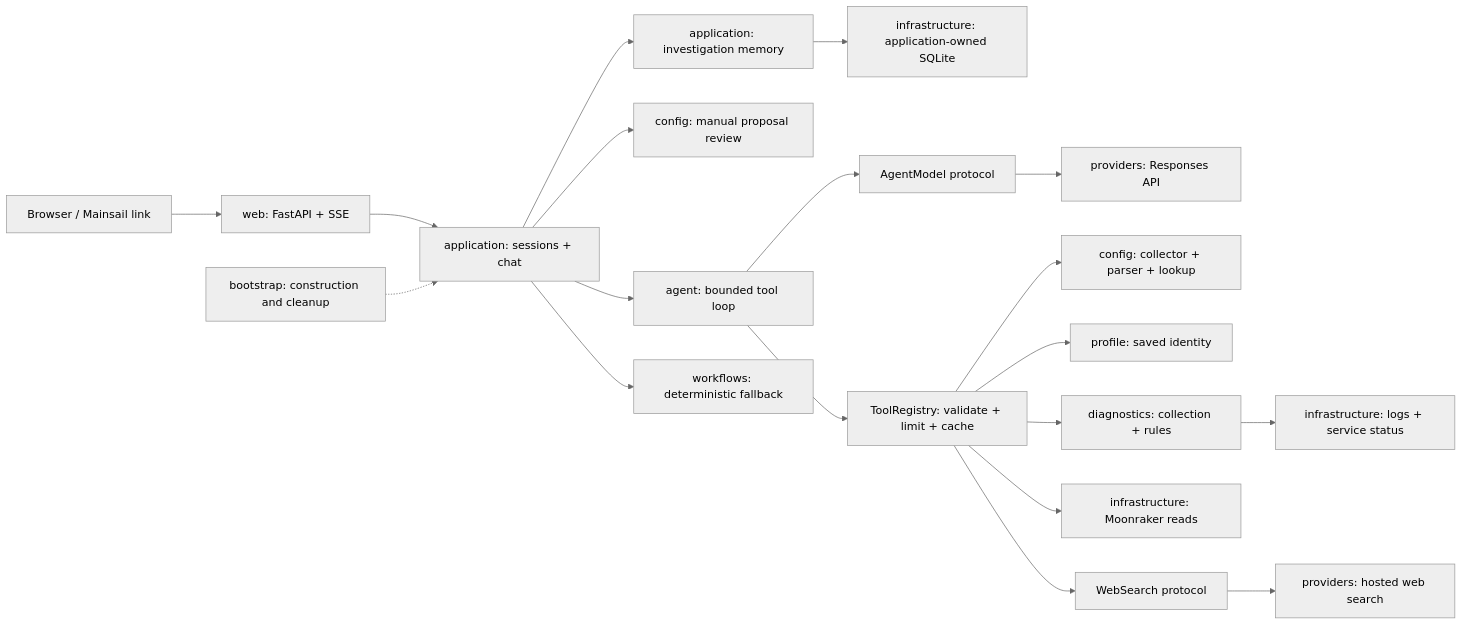
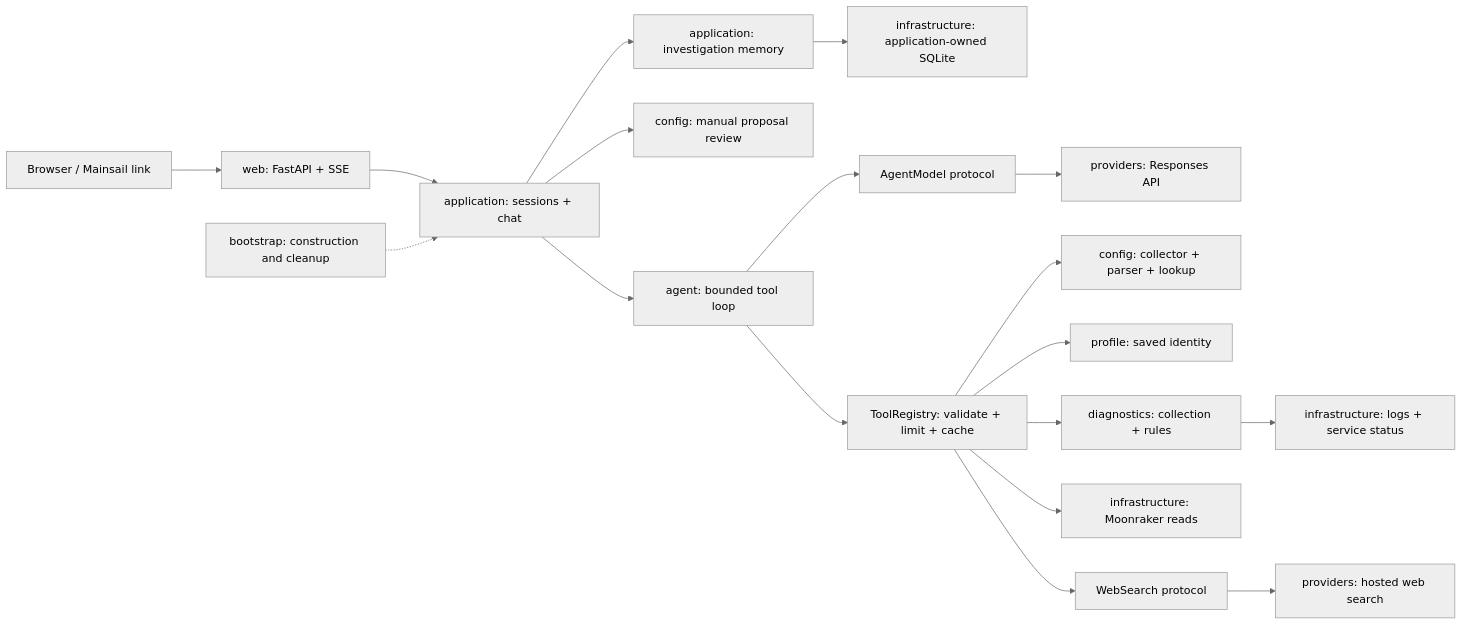
Before and after one commit to meltiseugen/KAI---Klipper-AI-Agent: the first of 2 diagrams in docs/architecture.md, drawn with Mermaid (neutral theme). The commit also changed other lines of this file and 326 other files, not shown here.

````diff
--- a/docs/architecture.md
+++ b/docs/architecture.md
@@ -15,21 +15,20 @@
 ```mermaid
 flowchart LR
     UI[Browser / Mainsail link] --> API[web: FastAPI + SSE]
     API --> Chat[application: sessions + chat]
     Chat --> Memory[application: investigation memory]
     Memory --> Storage[infrastructure: application-owned SQLite]
     Chat --> Review[config: manual proposal review]
     Chat --> Agent[agent: bounded tool loop]
-    Chat --> Offline[workflows: deterministic fallback]
     Agent --> Model[AgentModel protocol]
     Model --> Provider[providers: Responses API]
     Agent --> Registry[ToolRegistry: validate + limit + cache]
     Registry --> Config[config: collector + parser + lookup]
     Registry --> Profile[profile: saved identity]
     Registry --> Diagnostics[diagnostics: collection + rules]
     Registry --> Moonraker[infrastructure: Moonraker reads]
     Registry --> Search[WebSearch protocol]
     Search --> Web[providers: hosted web search]
     Diagnostics --> Host[infrastructure: logs + service status]
     Bootstrap[bootstrap: construction and cleanup] -.-> Chat
 ```
````
